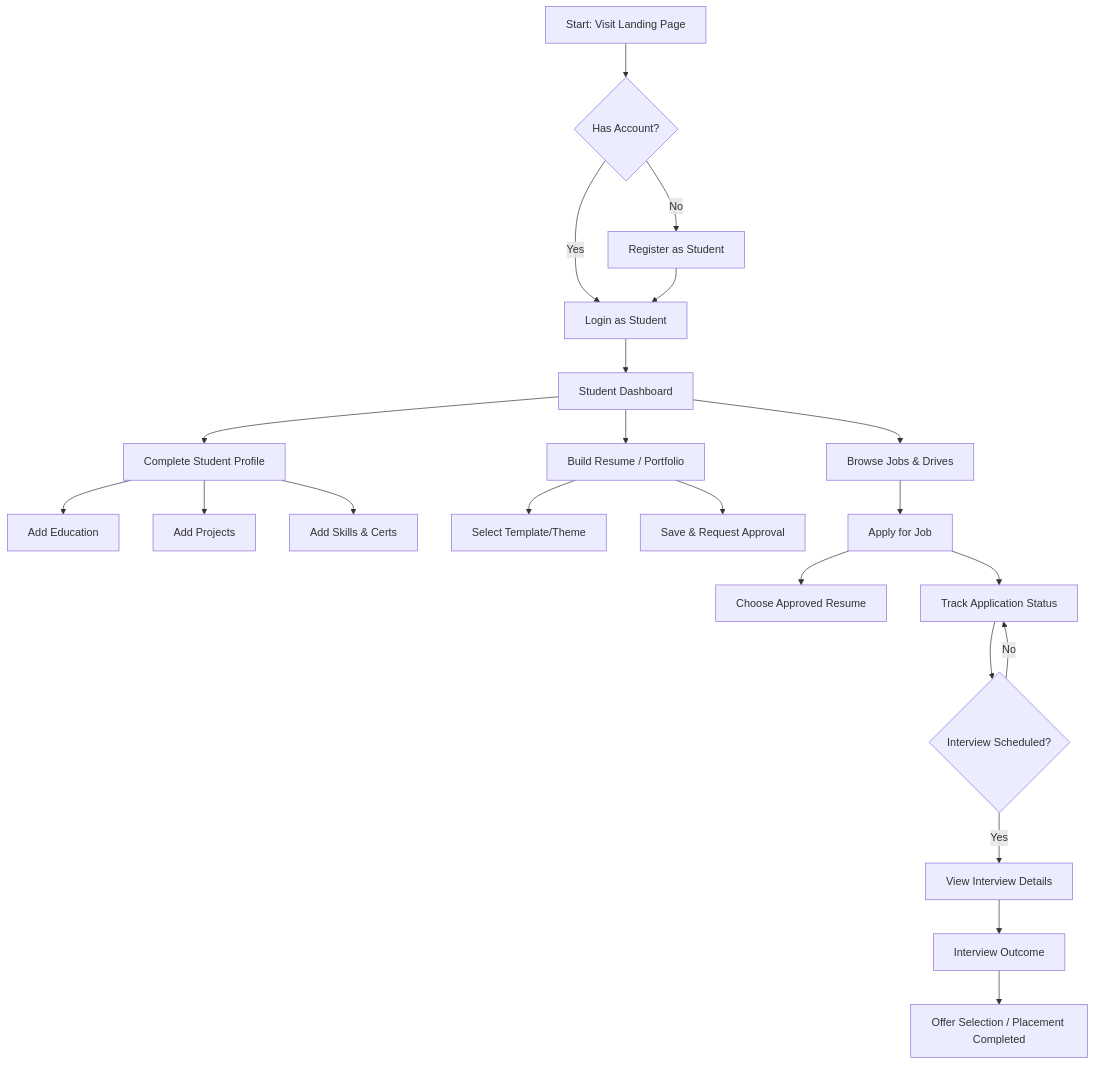
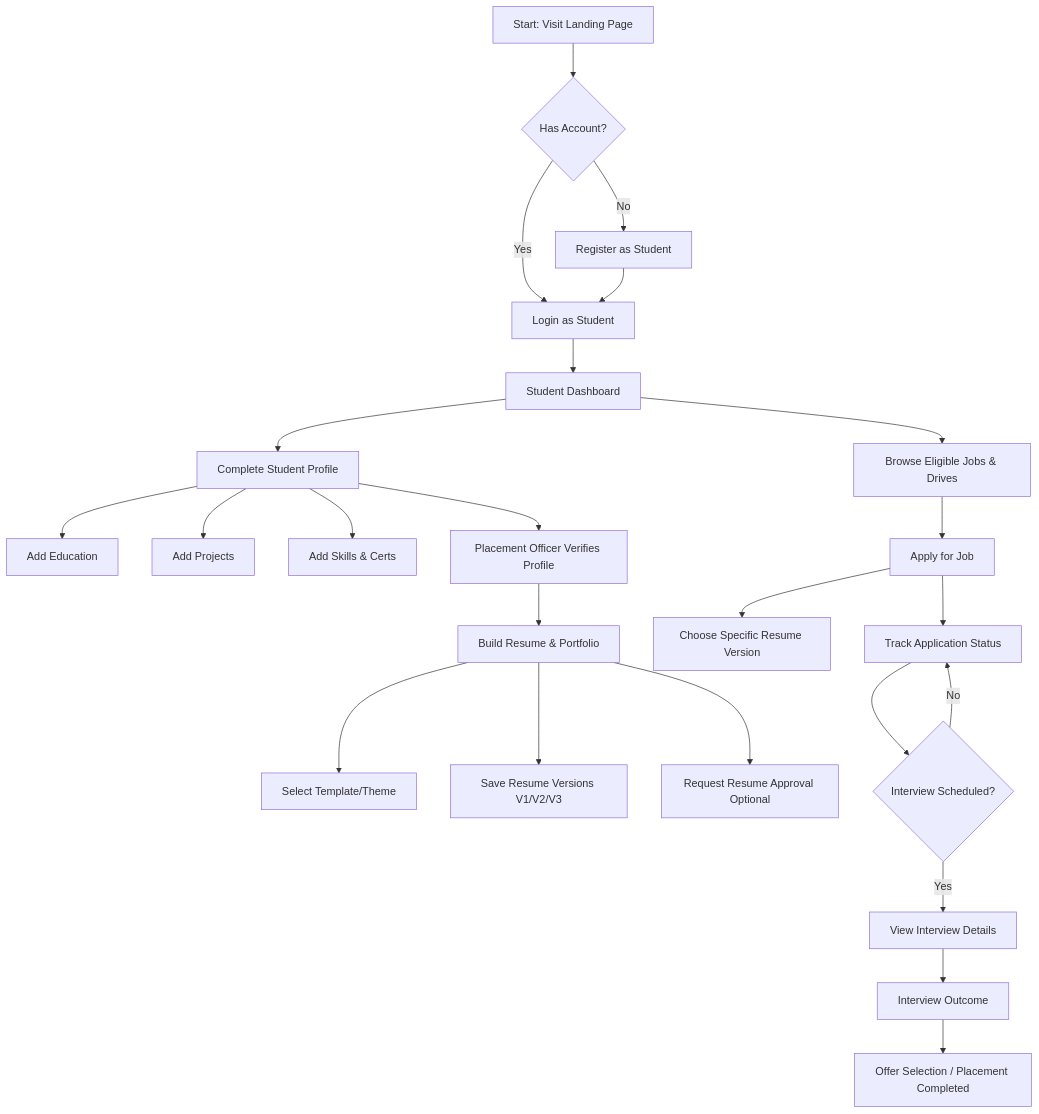
The first of 7 diagrams in architecture_and_design.md (akshaiselvaraj/Placement-Portal), drawn with Mermaid before and after one commit. The commit also changed other lines of this file and 8 other files, not shown here.

````diff
--- a/architecture_and_design.md
+++ b/architecture_and_design.md
@@ -12,24 +30,26 @@
 ```mermaid
 graph TD
     A[Start: Visit Landing Page] --> B{Has Account?}
     B -- No --> C[Register as Student]
     B -- Yes --> D[Login as Student]
     C --> D
     D --> E[Student Dashboard]
     E --> F[Complete Student Profile]
     F --> F1[Add Education]
     F --> F2[Add Projects]
     F --> F3[Add Skills & Certs]
-    E --> G[Build Resume / Portfolio]
-    G --> G1[Select Template/Theme]
-    G --> G2[Save & Request Approval]
-    E --> H[Browse Jobs & Drives]
-    H --> I[Apply for Job]
-    I --> I1[Choose Approved Resume]
-    I --> J[Track Application Status]
-    J --> J1{Interview Scheduled?}
-    J1 -- Yes --> K[View Interview Details]
-    J1 -- No --> J
-    K --> L[Interview Outcome]
-    L --> M[Offer Selection / Placement Completed]
+    F --> G[Placement Officer Verifies Profile]
+    G --> H[Build Resume & Portfolio]
+    H --> H1[Select Template/Theme]
+    H --> H2[Save Resume Versions V1/V2/V3]
+    H --> H3[Request Resume Approval Optional]
+    E --> I[Browse Eligible Jobs & Drives]
+    I --> J[Apply for Job]
+    J --> J1[Choose Specific Resume Version]
+    J --> K[Track Application Status]
+    K --> K1{Interview Scheduled?}
+    K1 -- Yes --> L[View Interview Details]
+    K1 -- No --> K
+    L --> M[Interview Outcome]
+    M --> N[Offer Selection / Placement Completed]
 ```
````
